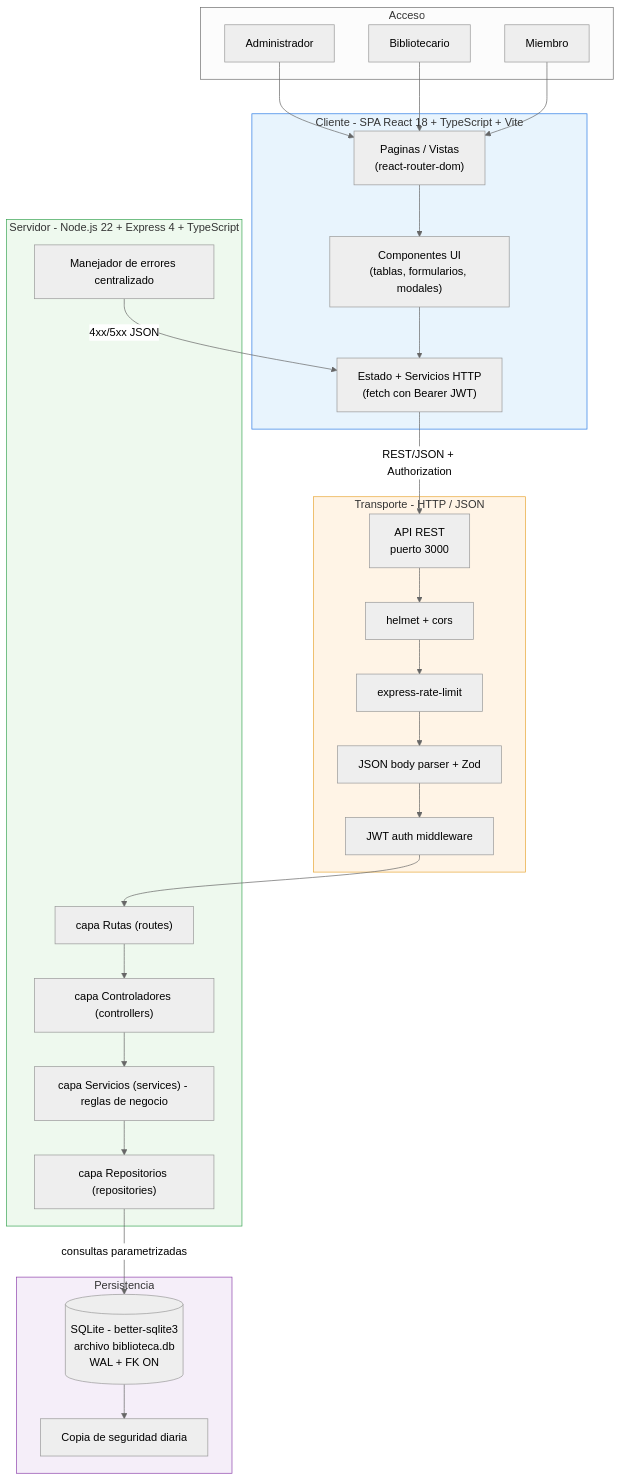
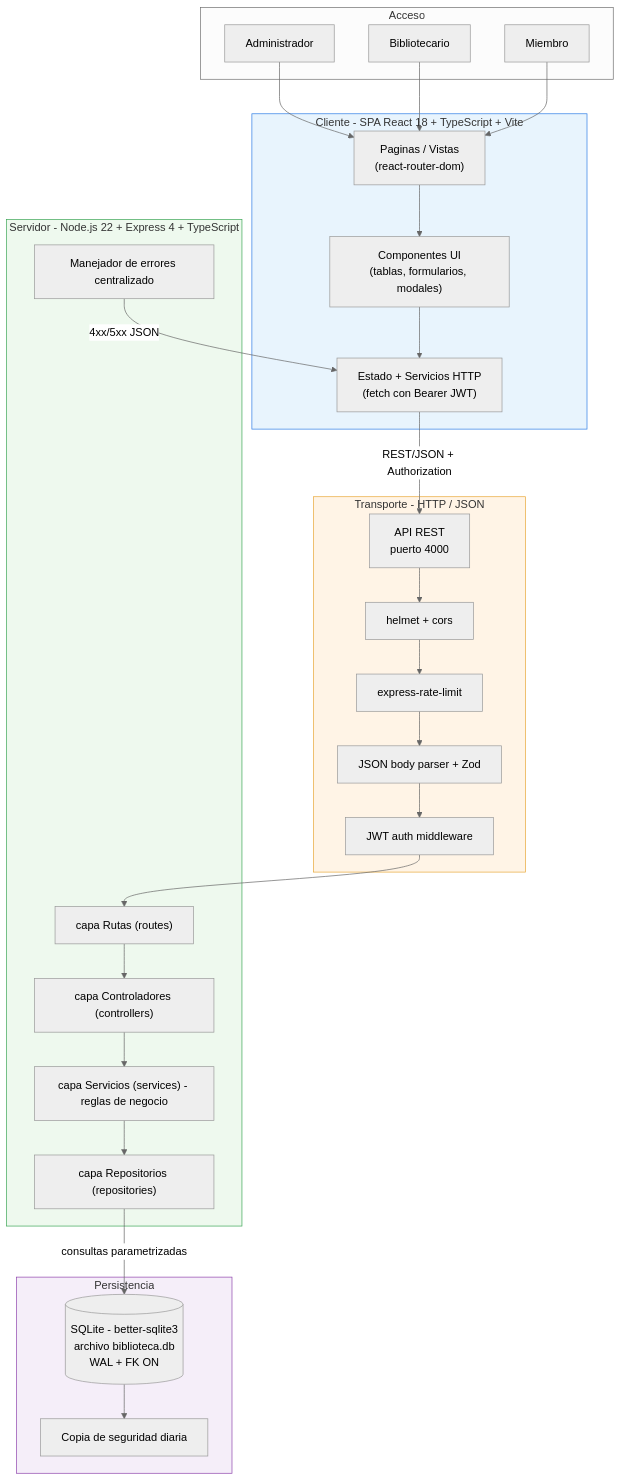
One commit to AngelC00kies/sistema-biblioteca changed the fifth of 6 diagrams in docs/04-modelado.md. Above: the diagram before and after it, drawn with Mermaid (neutral theme). The commit also changed other lines of this file and 21 other files, not shown here.

````diff
--- a/docs/04-modelado.md
+++ b/docs/04-modelado.md
@@ -344,53 +338,53 @@
 ```mermaid
 graph TD
   subgraph CLIENTE["Cliente - SPA React 18 + TypeScript + Vite"]
     P1["Paginas / Vistas<br/>(react-router-dom)"]
     P2["Componentes UI<br/>(tablas, formularios, modales)"]
     P3["Estado + Servicios HTTP<br/>(fetch con Bearer JWT)"]
     P1 --> P2 --> P3
   end
 
   subgraph RED["Transporte - HTTP / JSON"]
-    API["API REST<br/>puerto 3000"]
+    API["API REST<br/>puerto 4000"]
     MW1["helmet + cors"]
     MW2["express-rate-limit"]
     MW3["JSON body parser + Zod"]
     MW4["JWT auth middleware"]
     API --> MW1 --> MW2 --> MW3 --> MW4
   end
 
   subgraph BACKEND["Servidor - Node.js 22 + Express 4 + TypeScript"]
     RT["capa Rutas (routes)"]
     CT["capa Controladores (controllers)"]
     SV["capa Servicios (services) - reglas de negocio"]
     RP["capa Repositorios (repositories)"]
     RT --> CT --> SV --> RP
     ERR["Manejador de errores centralizado"]
   end
 
   subgraph DATOS["Persistencia"]
     DB[("SQLite - better-sqlite3<br/>archivo biblioteca.db<br/>WAL + FK ON")]
     BKP["Copia de seguridad diaria"]
     DB --> BKP
   end
 
   subgraph EXT["Acceso"]
     AU["Administrador"]
     BL["Bibliotecario"]
     MB["Miembro"]
   end
 
   AU --> P1
   BL --> P1
   MB --> P1
 
   P3 -->|REST/JSON + Authorization| API
   MW4 --> RT
   RP -->|consultas parametrizadas| DB
   ERR -->|4xx/5xx JSON| P3
 
   style CLIENTE fill:#e8f4fd,stroke:#2c7be5
   style RED fill:#fff4e6,stroke:#e8a838
   style BACKEND fill:#eef9ee,stroke:#3aa655
   style DATOS fill:#f5eef9,stroke:#8e44ad
 ```
````
